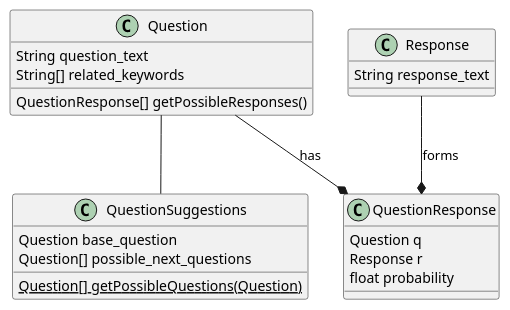
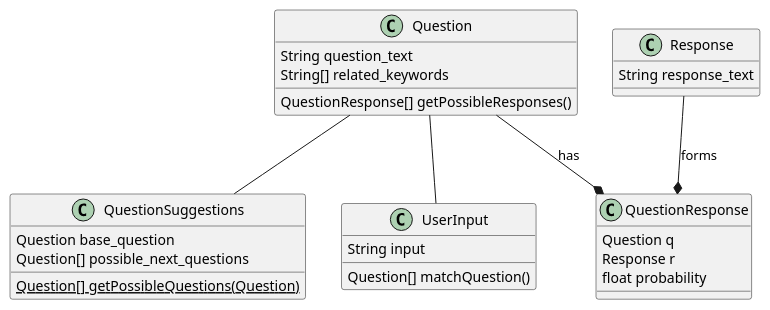
One commit to zegLine/thuBOT changed the diagram in docs/architecture/class_diagram.puml. Above: the diagram before and after it, drawn with PlantUML.

Commit message:
updated class diagram

```diff
--- a/docs/architecture/class_diagram.puml
+++ b/docs/architecture/class_diagram.puml
@@ -1,28 +1,34 @@
 @startuml ThuBot
     class Question {
         String question_text
         String[] related_keywords
         QuestionResponse[] getPossibleResponses()
     }
 
     class Response {
         String response_text
     }
 
     class QuestionResponse {
         Question q
         Response r
         float probability
     }
 
     class QuestionSuggestions {
         Question base_question
         Question[] possible_next_questions
 
         {static} Question[] getPossibleQuestions(Question)
     }
 
+    class UserInput {
+        String input
+        Question[] matchQuestion()
+    }
+
     Question --* QuestionResponse : has
     Response --* QuestionResponse : forms
     Question -- QuestionSuggestions
+    Question -- UserInput
 @enduml
```
